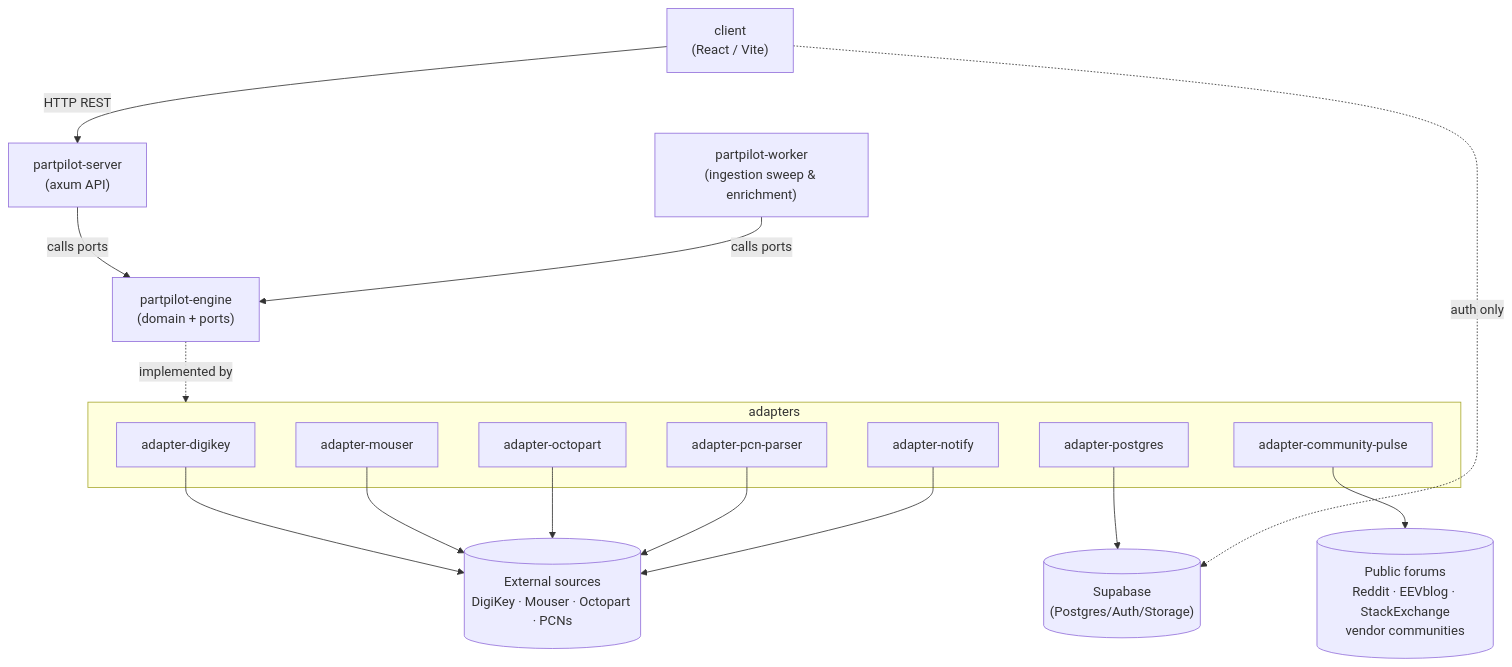
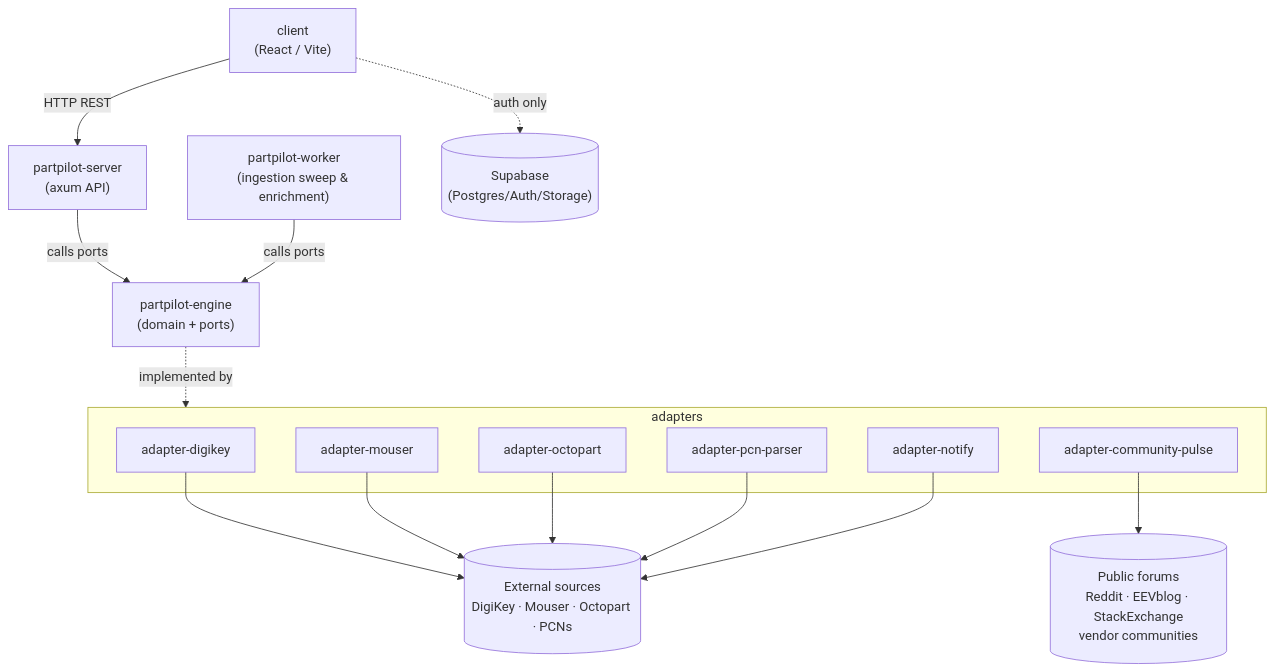
One commit to partpilot-in/partpilot changed the diagram in README.md. Above: the diagram before and after it, drawn with Mermaid. The commit also changed other lines of this file and 17 other files, not shown here.

````diff
--- a/README.md
+++ b/README.md
@@ -9,36 +9,34 @@
 ```mermaid
 graph TD
     Client["client<br/>(React / Vite)"]
     Server["partpilot-server<br/>(axum API)"]
     Engine["partpilot-engine<br/>(domain + ports)"]
     Worker["partpilot-worker<br/>(ingestion sweep & enrichment)"]
 
     subgraph Adapters["adapters"]
         DigiKey["adapter-digikey"]
         Mouser["adapter-mouser"]
         Octopart["adapter-octopart"]
         PCN["adapter-pcn-parser"]
-        Postgres["adapter-postgres"]
         Notify["adapter-notify"]
         CommunityPulse["adapter-community-pulse"]
     end
 
     Supabase[("Supabase\n(Postgres/Auth/Storage)")]
     External[("External sources\nDigiKey · Mouser · Octopart · PCNs")]
     Forums[("Public forums\nReddit · EEVblog · StackExchange\nvendor communities")]
 
     Client -->|HTTP REST| Server
     Server -->|calls ports| Engine
     Worker -->|calls ports| Engine
     Engine -.->|implemented by| Adapters
 
     DigiKey --> External
     Mouser --> External
     Octopart --> External
     PCN --> External
-    Postgres --> Supabase
     Notify --> External
     CommunityPulse --> Forums
 
     Client -.->|auth only| Supabase
 ```
````
